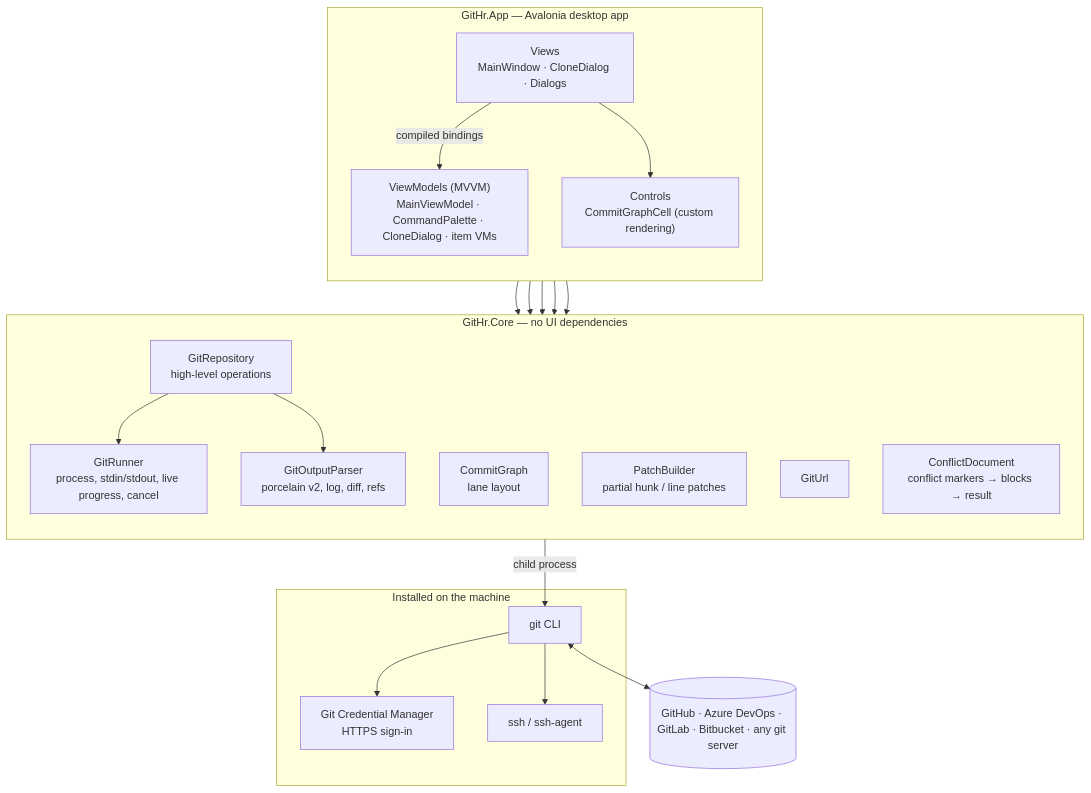
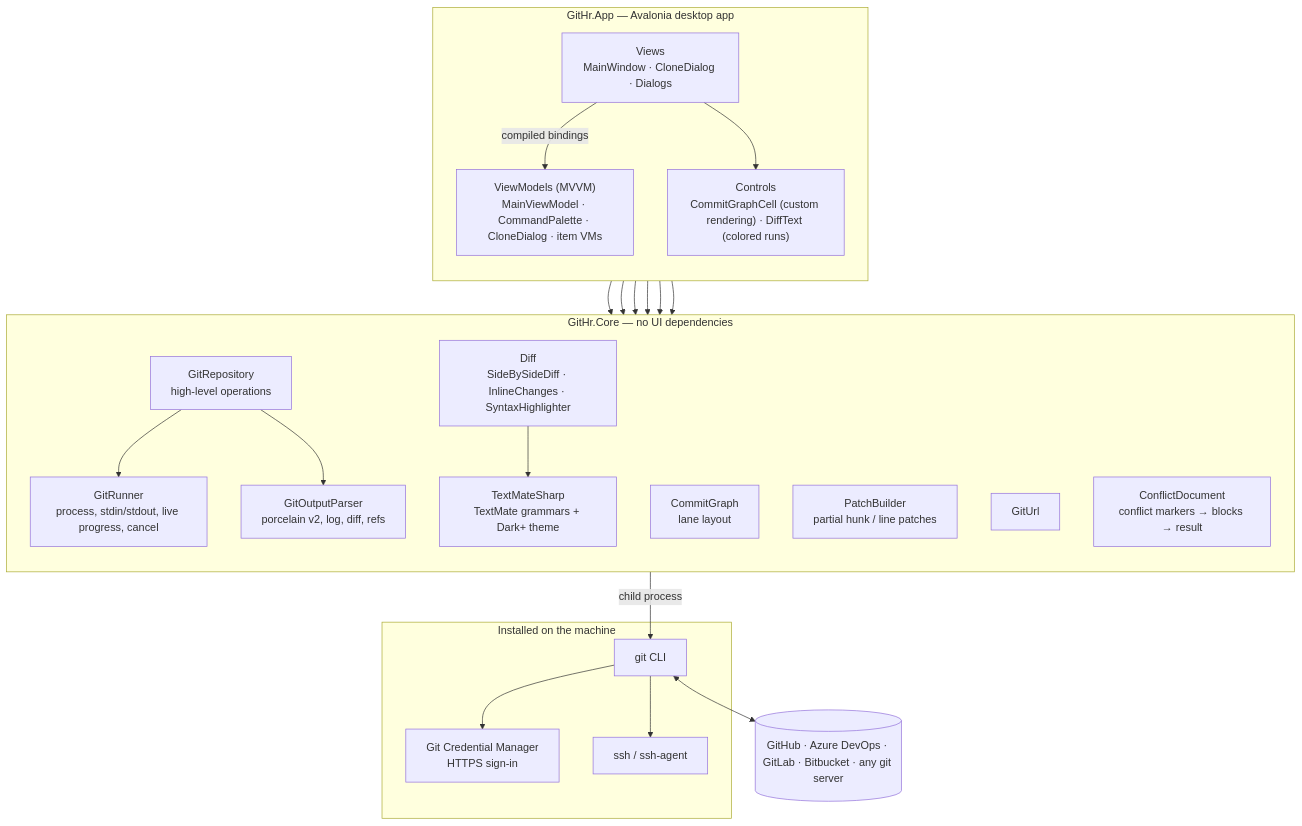
The first of 10 diagrams in README.md (mhrezaee/git-hr), drawn with Mermaid before and after one commit. The commit also changed other lines of this file and 16 other files, not shown here.

First line of the commit message:
Add syntax highlighting and a side-by-side diff view

````diff
--- a/README.md
+++ b/README.md
@@ -78,42 +84,46 @@
 ```mermaid
 flowchart TB
     subgraph App["GitHr.App — Avalonia desktop app"]
         direction TB
         Views["Views<br/>MainWindow · CloneDialog · Dialogs"]
         VMs["ViewModels (MVVM)<br/>MainViewModel · CommandPalette · CloneDialog · item VMs"]
-        Controls["Controls<br/>CommitGraphCell (custom rendering)"]
+        Controls["Controls<br/>CommitGraphCell (custom rendering) · DiffText (colored runs)"]
         Views -- "compiled bindings" --> VMs
         Views --> Controls
     end
 
     subgraph Core["GitHr.Core — no UI dependencies"]
         direction TB
         Repo["GitRepository<br/>high-level operations"]
         Runner["GitRunner<br/>process, stdin/stdout, live progress, cancel"]
         Parser["GitOutputParser<br/>porcelain v2, log, diff, refs"]
         Graph["CommitGraph<br/>lane layout"]
         Patch["PatchBuilder<br/>partial hunk / line patches"]
         Url["GitUrl"]
         Conf["ConflictDocument<br/>conflict markers → blocks → result"]
+        DiffView["Diff<br/>SideBySideDiff · InlineChanges · SyntaxHighlighter"]
+        TM["TextMateSharp<br/>TextMate grammars + Dark+ theme"]
         Repo --> Runner
         Repo --> Parser
+        DiffView --> TM
     end
 
     subgraph System["Installed on the machine"]
         Git["git CLI"]
         GCM["Git Credential Manager<br/>HTTPS sign-in"]
         SSH["ssh / ssh-agent"]
     end
 
     Remotes[("GitHub · Azure DevOps · GitLab · Bitbucket · any git server")]
 
     VMs --> Repo
     VMs --> Graph
     VMs --> Patch
     VMs --> Url
     VMs --> Conf
+    VMs --> DiffView
     Runner -- "child process" --> Git
     Git --> GCM
     Git --> SSH
     Git <--> Remotes
 ```
````
